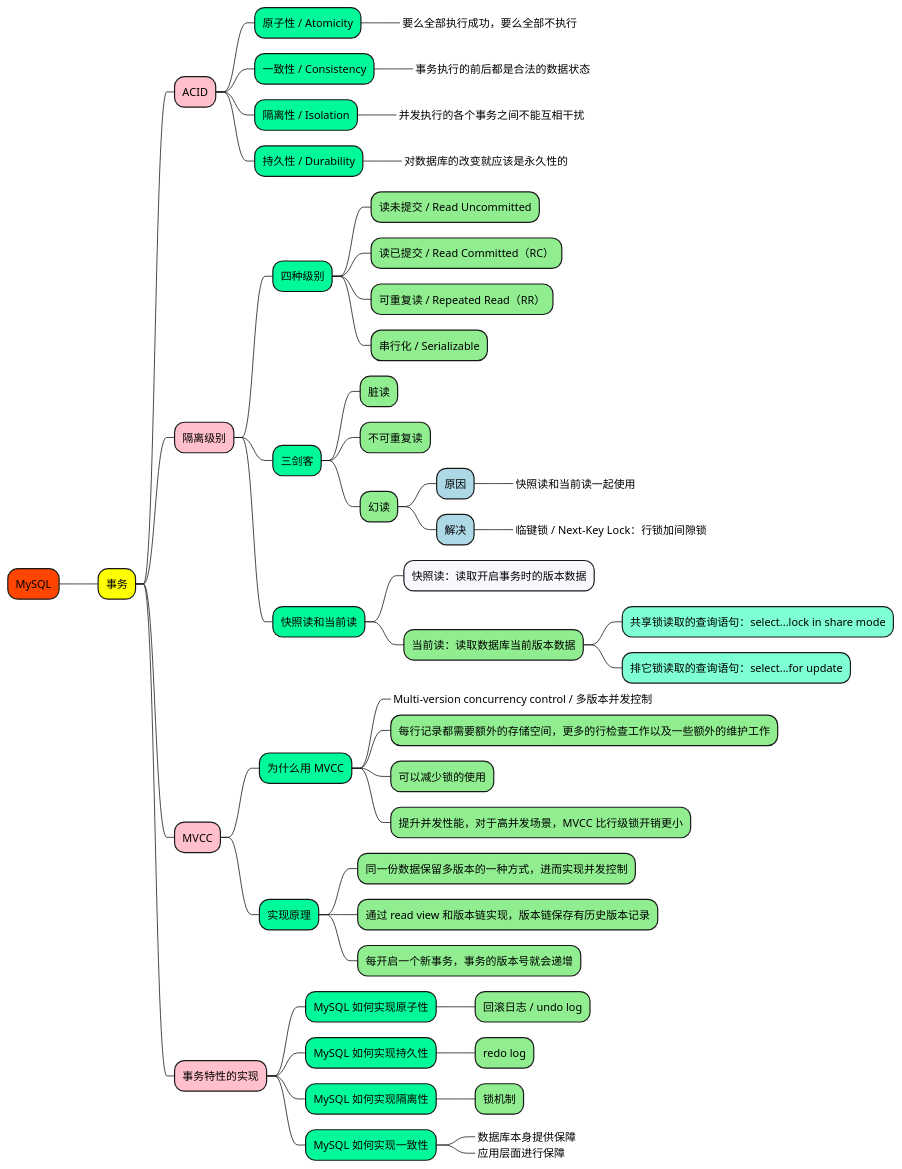
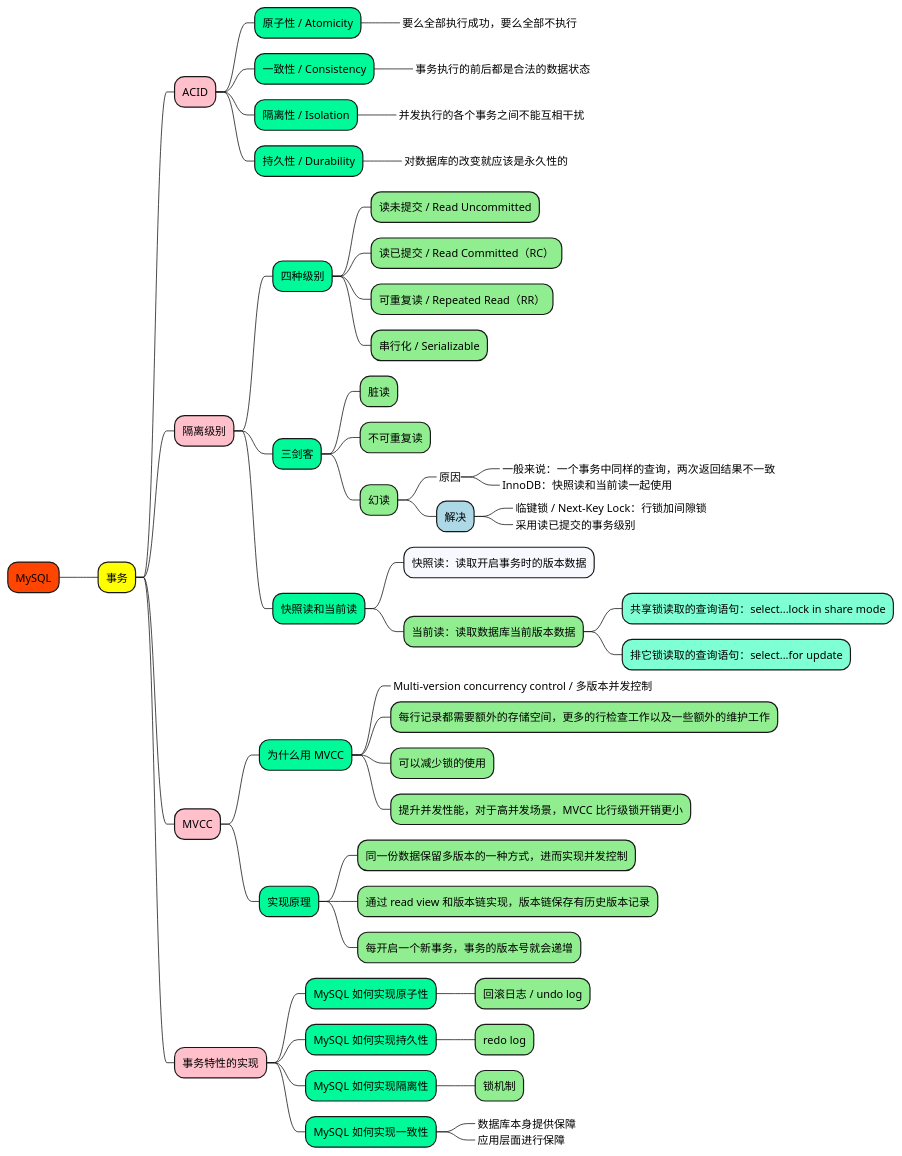
The diagram in 1_map/4-database/MySQL-事务.puml (doveg/self-cultivation-of-a-software-engineer), drawn with PlantUML before and after one commit. The commit also changed 11 other files, not shown here.

```diff
--- a/1_map/4-database/MySQL-事务.puml
+++ b/1_map/4-database/MySQL-事务.puml
@@ -1,72 +1,82 @@
 @startmindmap
 
 +[#OrangeRed] MySQL
 
 ++[#yellow] 事务
 
 +++[#Pink] ACID
 
 ++++[#MediumSpringGreen] 原子性 / Atomicity
 +++++[#LightGreen]_ 要么全部执行成功，要么全部不执行
 ++++[#MediumSpringGreen] 一致性 / Consistency
 +++++[#LightGreen]_ 事务执行的前后都是合法的数据状态
 ++++[#MediumSpringGreen] 隔离性 / Isolation
 +++++[#LightGreen]_ 并发执行的各个事务之间不能互相干扰
 ++++[#MediumSpringGreen] 持久性 / Durability
 +++++[#LightGreen]_ 对数据库的改变就应该是永久性的
 
 
 +++[#Pink] 隔离级别
 
 ++++[#MediumSpringGreen] 四种级别
 +++++[#LightGreen] 读未提交 / Read Uncommitted
 +++++[#LightGreen] 读已提交 / Read Committed（RC）
 +++++[#LightGreen] 可重复读 / Repeated Read（RR）
 +++++[#LightGreen] 串行化 / Serializable
 
 ++++[#MediumSpringGreen] 三剑客
+
 +++++[#LightGreen] 脏读
+
 +++++[#LightGreen] 不可重复读
+
 +++++[#LightGreen] 幻读
-
-++++++[#LightBlue] 原因
-+++++++[#Aquamarine]_ 快照读和当前读一起使用
+++++++[#LightBlue]_ 原因
++++++++[#Aquamarine]_ 一般来说：一个事务中同样的查询，两次返回结果不一致
++++++++[#Aquamarine]_ InnoDB：快照读和当前读一起使用
 
 ++++++[#LightBlue] 解决
 +++++++[#Aquamarine]_ 临键锁 / Next-Key Lock：行锁加间隙锁
++++++++[#Aquamarine]_ 采用读已提交的事务级别
 
 ++++[#MediumSpringGreen] 快照读和当前读
 +++++[#GhostWhite] 快照读：读取开启事务时的版本数据
 +++++[#LightGreen] 当前读：读取数据库当前版本数据
 ++++++[#Aquamarine] 共享锁读取的查询语句：select...lock in share mode
 ++++++[#Aquamarine] 排它锁读取的查询语句：select...for update
 
 
 +++[#Pink] MVCC
 
 ++++[#MediumSpringGreen] 为什么用 MVCC
 +++++[#LightGreen]_ Multi-version concurrency control / 多版本并发控制
 +++++[#LightGreen] 每行记录都需要额外的存储空间，更多的行检查工作以及一些额外的维护工作
 +++++[#LightGreen] 可以减少锁的使用
 +++++[#LightGreen] 提升并发性能，对于高并发场景，MVCC 比行级锁开销更小
 
 ++++[#MediumSpringGreen] 实现原理
 +++++[#LightGreen] 同一份数据保留多版本的一种方式，进而实现并发控制
 +++++[#LightGreen] 通过 read view 和版本链实现，版本链保存有历史版本记录
 +++++[#LightGreen] 每开启一个新事务，事务的版本号就会递增
 
 
 +++[#Pink] 事务特性的实现
 
 ++++[#MediumSpringGreen] MySQL 如何实现原子性
 +++++[#LightGreen] 回滚日志 / undo log
 ++++[#MediumSpringGreen] MySQL 如何实现持久性
 +++++[#LightGreen] redo log
 ++++[#MediumSpringGreen] MySQL 如何实现隔离性
 +++++[#LightGreen] 锁机制
 ++++[#MediumSpringGreen] MySQL 如何实现一致性
 +++++[#LightGreen]_ 数据库本身提供保障
 +++++[#LightGreen]_ 应用层面进行保障
 
 
+
+
+
+
+
+
 @endmindmap
```
